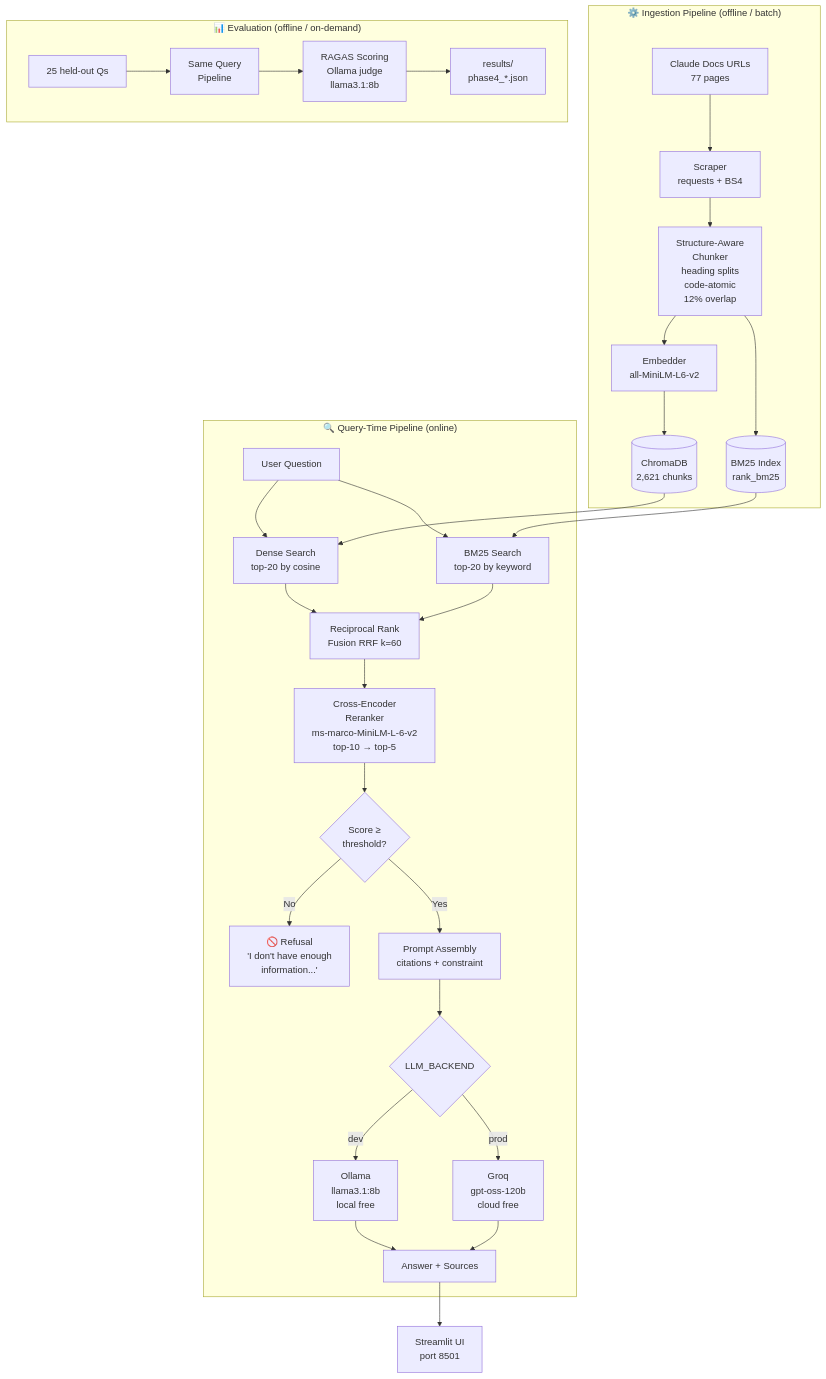
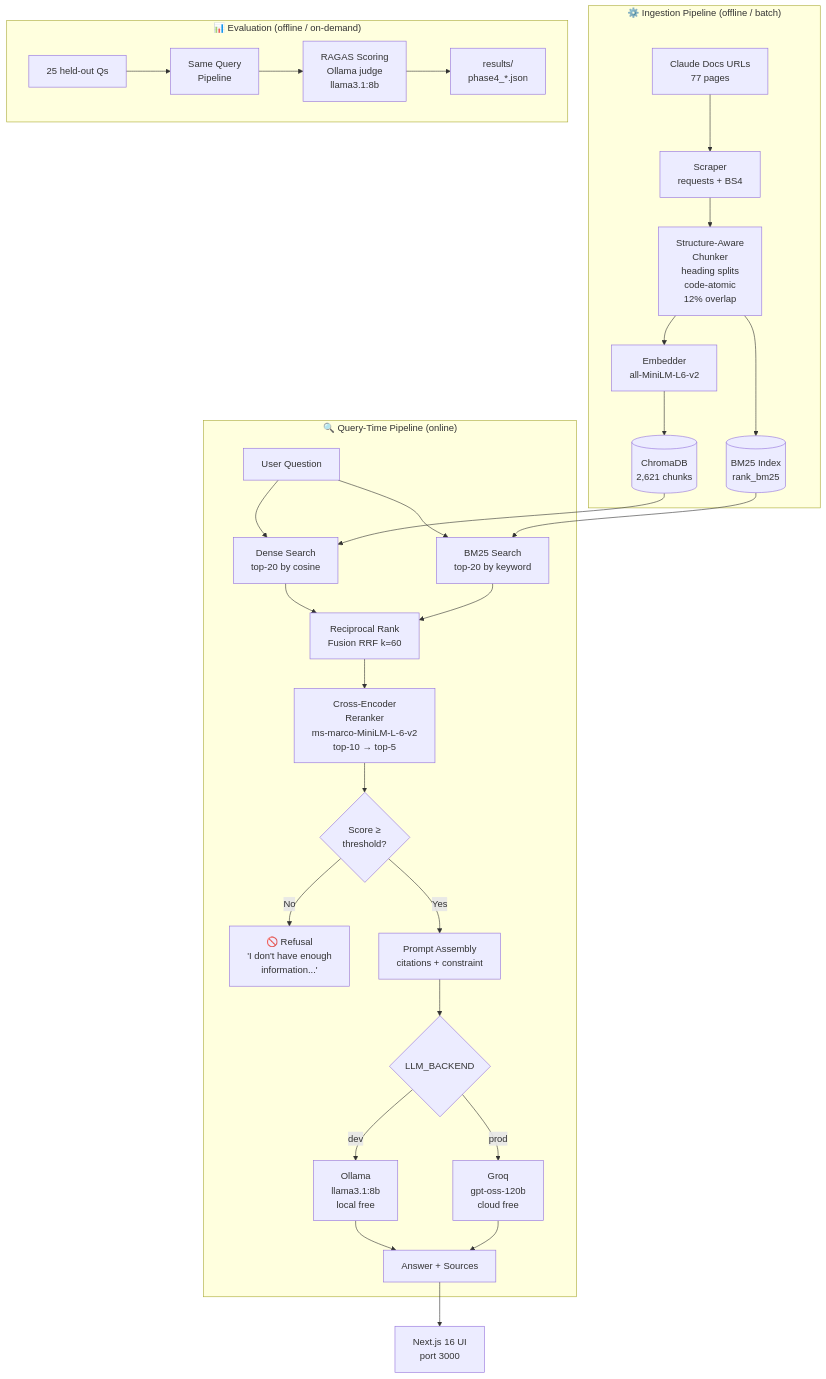
The diagram in README.md (nikitasachan2004/colophon), drawn with Mermaid before and after one commit. The commit also changed other lines of this file and 31 other files, not shown here.

````diff
--- a/README.md
+++ b/README.md
@@ -34,37 +34,37 @@
 ```mermaid
 flowchart TD
     subgraph INGEST["⚙️ Ingestion Pipeline (offline / batch)"]
         A[Claude Docs URLs\n77 pages] --> B[Scraper\nrequests + BS4]
         B --> C[Structure-Aware\nChunker\nheading splits\ncode-atomic\n12% overlap]
         C --> D[Embedder\nall-MiniLM-L6-v2]
         D --> E[(ChromaDB\n2,621 chunks)]
         C --> F[(BM25 Index\nrank_bm25)]
     end
 
     subgraph QUERY["🔍 Query-Time Pipeline (online)"]
         G[User Question] --> H[Dense Search\ntop-20 by cosine]
         G --> I[BM25 Search\ntop-20 by keyword]
         E --> H
         F --> I
         H --> J[Reciprocal Rank\nFusion RRF k=60]
         I --> J
         J --> K[Cross-Encoder\nReranker\nms-marco-MiniLM-L-6-v2\ntop-10 → top-5]
         K --> L{Score ≥\nthreshold?}
 
         L -- No --> M["🚫 Refusal\n'I don't have enough\ninformation...'"]
         L -- Yes --> N[Prompt Assembly\ncitations + constraint]
         N --> O{LLM_BACKEND}
         O -- dev --> P[Ollama\nllama3.1:8b\nlocal free]
         O -- prod --> Q[Groq\ngpt-oss-120b\ncloud free]
         P --> R[Answer + Sources]
         Q --> R
     end
 
     subgraph EVAL["📊 Evaluation (offline / on-demand)"]
         S[25 held-out Qs] --> T[Same Query\nPipeline]
         T --> U[RAGAS Scoring\nOllama judge\nllama3.1:8b]
         U --> V[results/\nphase4_*.json]
     end
 
-    R --> W[Streamlit UI\nport 8501]
+    R --> W[Next.js 16 UI\nport 3000]
 ```
````
